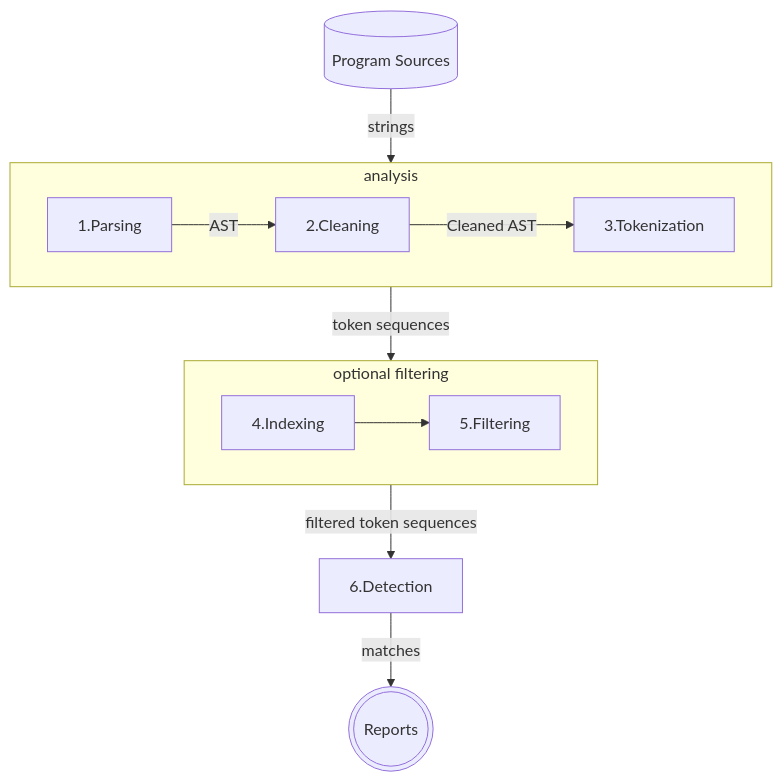
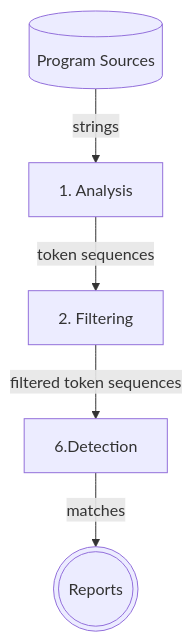
Before and after one commit to tassiLuca/code-plagiarism-detector-presentation: the first of 2 diagrams in content/_index.md, drawn with Mermaid. The commit also changed other lines of this file and 6 other files, not shown here.

````diff
--- a/content/_index.md
+++ b/content/_index.md
@@ -161,16 +81,7 @@
 ```mermaid
 flowchart TB
-    sources[(Program Sources)] -- strings --> analysis
-    subgraph analysis
-    direction LR
-        Parsing[1.Parsing] -- AST --> Cleaning[2.Cleaning]
-        Cleaning -- Cleaned AST --> Tokenization[3.Tokenization]
-    end
-    analysis -- token sequences --> optional
-    subgraph optional[optional filtering]
-        direction LR
-        Indexing[4.Indexing] --> Filtering[5.Filtering]
-    end
-    optional -- filtered token sequences --> Detection[6.Detection]
+    sources[(Program Sources)] -- strings --> analysis[1. Analysis]
+    analysis -- token sequences --> filtering[2. Filtering]
+    filtering -- filtered token sequences --> Detection[6.Detection]
     Detection -- matches --> result(((Reports)))
 ```
````
